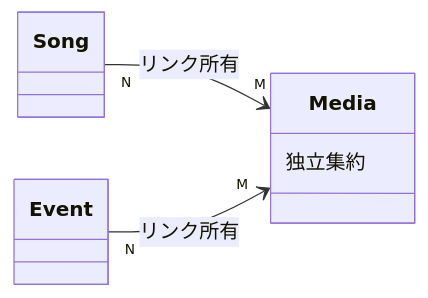
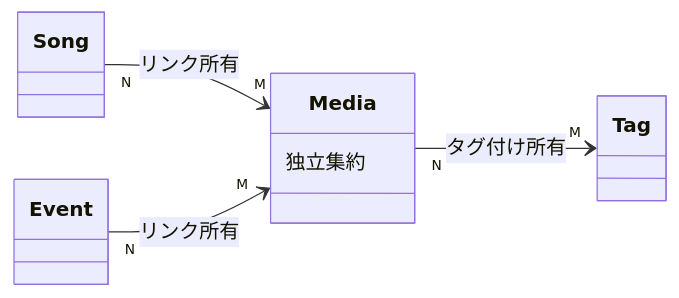
One commit to sayuprc/isekai-observatory changed the diagram in docs/specs/media.md. Above: the diagram before and after it, drawn with Mermaid. The commit also changed other lines of this file and 354 other files, not shown here.

````diff
--- a/docs/specs/media.md
+++ b/docs/specs/media.md
@@ -28,9 +30,10 @@
 ```mermaid
 classDiagram
   direction LR
   class Media {
     独立集約
   }
   Song "N" --> "M" Media : リンク所有
   Event "N" --> "M" Media : リンク所有
+  Media "N" --> "M" Tag : タグ付け所有
 ```
````
